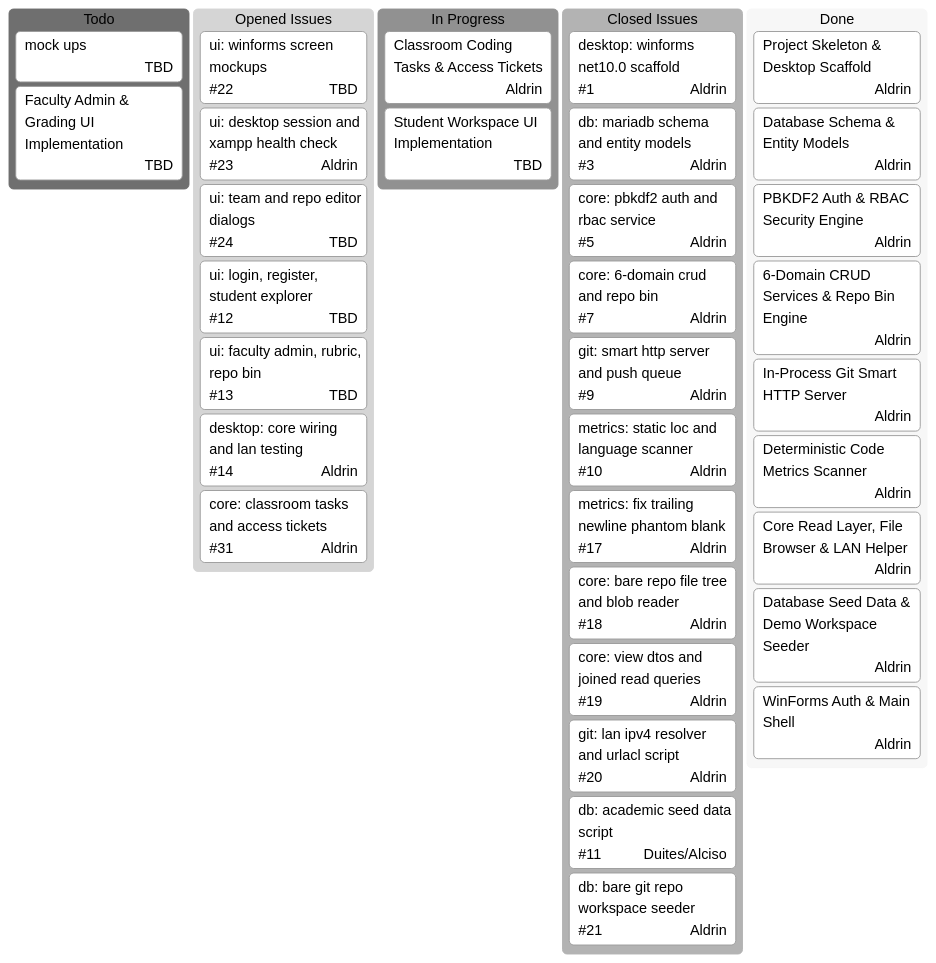
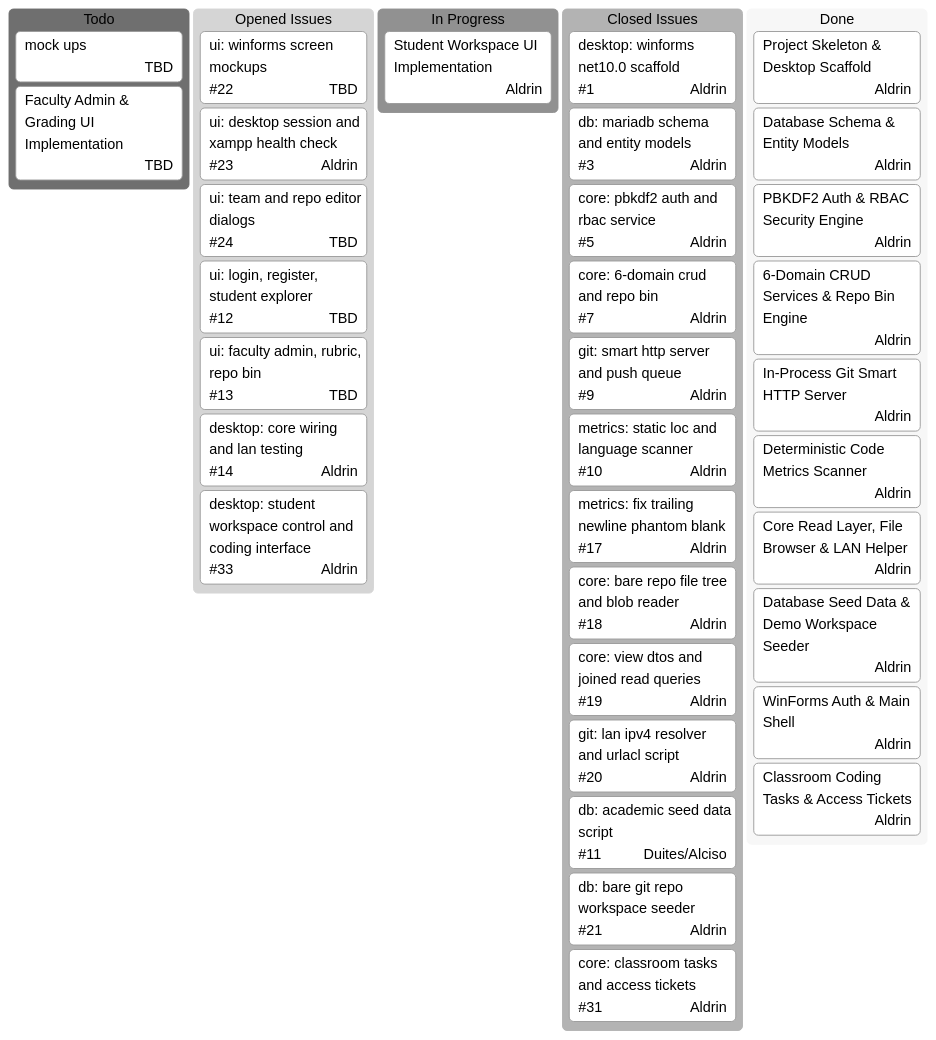
One commit to frtzhahn/repo-vault changed the diagram in README.md. Above: the diagram before and after it, drawn with Mermaid (neutral theme). The commit also changed 8 other files, not shown here.

Commit message:
feat(desktop): add student workspace control and classroom coding interface

````diff
--- a/README.md
+++ b/README.md
@@ -34,40 +34,41 @@
 ```mermaid
 kanban
   [Todo]
     [mock ups]@{ assigned: 'TBD' }
     [Faculty Admin & Grading UI Implementation]@{ assigned: 'TBD' }
   [Opened Issues]
     [ui: winforms screen mockups]@{ assigned: 'TBD', ticket: '#22' }
     [ui: desktop session and xampp health check]@{ assigned: 'Aldrin', ticket: '#23' }
     [ui: team and repo editor dialogs]@{ assigned: 'TBD', ticket: '#24' }
     [ui: login, register, student explorer]@{ assigned: 'TBD', ticket: '#12' }
     [ui: faculty admin, rubric, repo bin]@{ assigned: 'TBD', ticket: '#13' }
     [desktop: core wiring and lan testing]@{ assigned: 'Aldrin', ticket: '#14' }
-    [core: classroom tasks and access tickets]@{ assigned: 'Aldrin', ticket: '#31' }
+    [desktop: student workspace control and coding interface]@{ assigned: 'Aldrin', ticket: '#33' }
   [In Progress]
-    [Classroom Coding Tasks & Access Tickets]@{ assigned: 'Aldrin' }
-    [Student Workspace UI Implementation]@{ assigned: 'TBD' }
+    [Student Workspace UI Implementation]@{ assigned: 'Aldrin' }
   [Closed Issues]
     [desktop: winforms net10.0 scaffold]@{ assigned: 'Aldrin', ticket: '#1' }
     [db: mariadb schema and entity models]@{ assigned: 'Aldrin', ticket: '#3' }
     [core: pbkdf2 auth and rbac service]@{ assigned: 'Aldrin', ticket: '#5' }
     [core: 6-domain crud and repo bin]@{ assigned: 'Aldrin', ticket: '#7' }
     [git: smart http server and push queue]@{ assigned: 'Aldrin', ticket: '#9' }
     [metrics: static loc and language scanner]@{ assigned: 'Aldrin', ticket: '#10' }
     [metrics: fix trailing newline phantom blank]@{ assigned: 'Aldrin', ticket: '#17' }
     [core: bare repo file tree and blob reader]@{ assigned: 'Aldrin', ticket: '#18' }
     [core: view dtos and joined read queries]@{ assigned: 'Aldrin', ticket: '#19' }
     [git: lan ipv4 resolver and urlacl script]@{ assigned: 'Aldrin', ticket: '#20' }
     [db: academic seed data script]@{ assigned: 'Duites/Alciso', ticket: '#11' }
     [db: bare git repo workspace seeder]@{ assigned: 'Aldrin', ticket: '#21' }
+    [core: classroom tasks and access tickets]@{ assigned: 'Aldrin', ticket: '#31' }
   [Done]
     [Project Skeleton & Desktop Scaffold]@{ assigned: 'Aldrin' }
     [Database Schema & Entity Models]@{ assigned: 'Aldrin' }
     [PBKDF2 Auth & RBAC Security Engine]@{ assigned: 'Aldrin' }
     [6-Domain CRUD Services & Repo Bin Engine]@{ assigned: 'Aldrin' }
     [In-Process Git Smart HTTP Server]@{ assigned: 'Aldrin' }
     [Deterministic Code Metrics Scanner]@{ assigned: 'Aldrin' }
     [Core Read Layer, File Browser & LAN Helper]@{ assigned: 'Aldrin' }
     [Database Seed Data & Demo Workspace Seeder]@{ assigned: 'Aldrin' }
     [WinForms Auth & Main Shell]@{ assigned: 'Aldrin' }
+    [Classroom Coding Tasks & Access Tickets]@{ assigned: 'Aldrin' }
 ```
````
